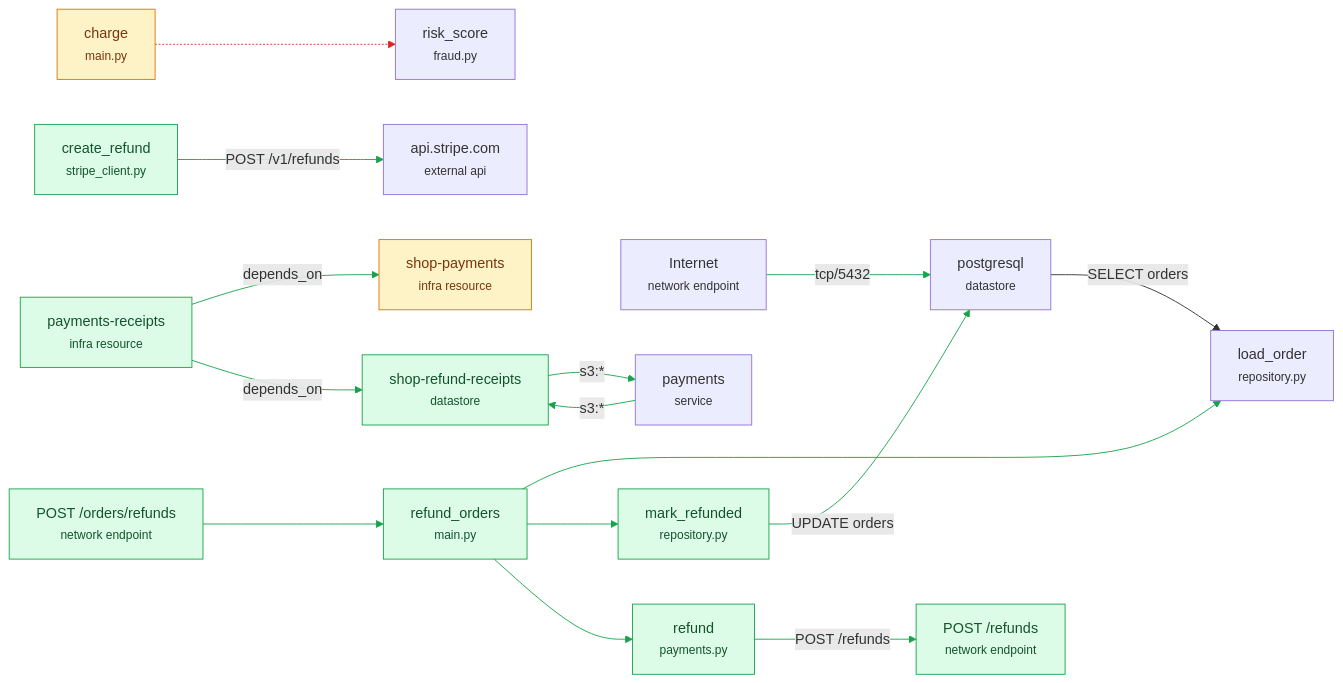
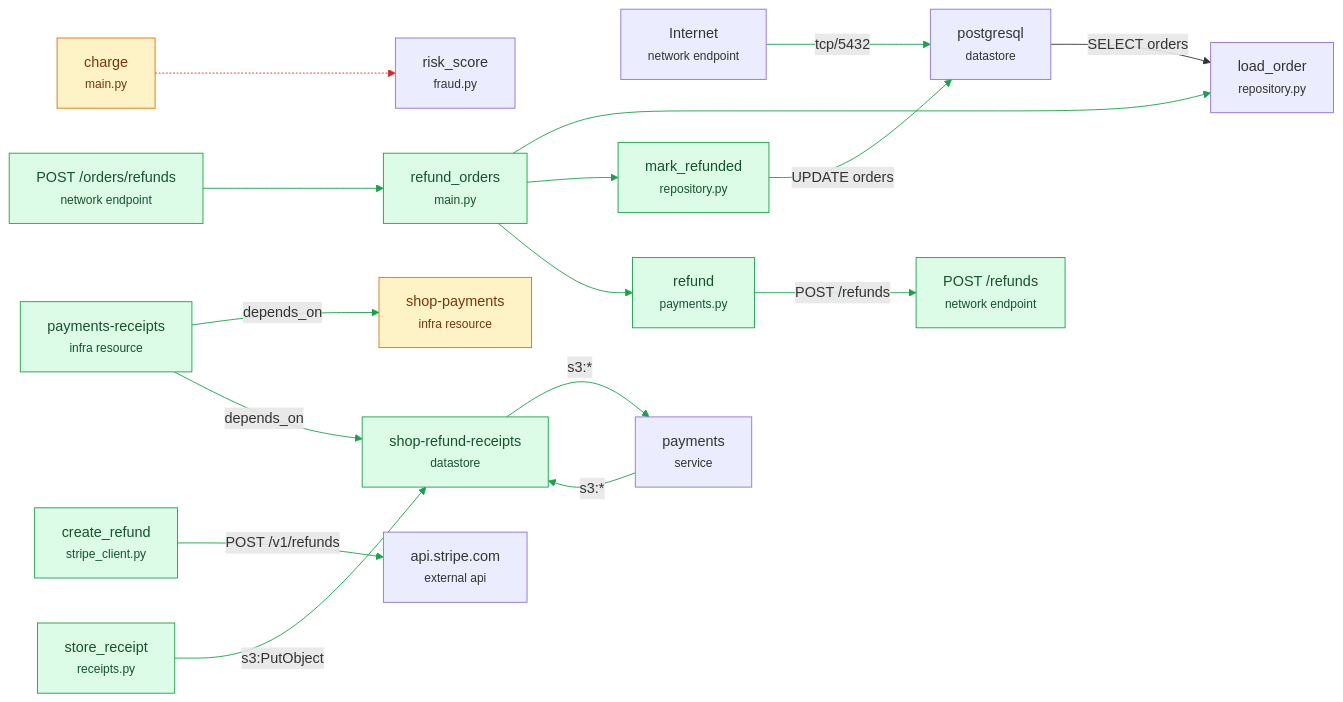
The diagram in examples/shop-pr.md (theorjiugovictor/breadth), drawn with Mermaid before and after one commit. The commit also changed other lines of this file and 22 other files, not shown here.

````diff
--- a/examples/shop-pr.md
+++ b/examples/shop-pr.md
@@ -29,51 +31,54 @@
 ```mermaid
 flowchart LR
   n0["Internet<br/><small>network endpoint</small>"]
   n1["postgresql<br/><small>datastore</small>"]
   n2["shop-payments<br/><small>infra resource</small>"]
   n3["charge<br/><small>main.py</small>"]
   n4["risk_score<br/><small>fraud.py</small>"]
   n5["mark_refunded<br/><small>repository.py</small>"]
-  n6["create_refund<br/><small>stripe_client.py</small>"]
-  n7["api.stripe.com<br/><small>external api</small>"]
-  n8["refund_orders<br/><small>main.py</small>"]
-  n9["load_order<br/><small>repository.py</small>"]
-  n10["POST /orders/refunds<br/><small>network endpoint</small>"]
-  n11["POST /refunds<br/><small>network endpoint</small>"]
-  n12["shop-refund-receipts<br/><small>datastore</small>"]
-  n13["payments<br/><small>service</small>"]
-  n14["refund<br/><small>payments.py</small>"]
-  n15["payments-receipts<br/><small>infra resource</small>"]
+  n6["store_receipt<br/><small>receipts.py</small>"]
+  n7["shop-refund-receipts<br/><small>datastore</small>"]
+  n8["create_refund<br/><small>stripe_client.py</small>"]
+  n9["api.stripe.com<br/><small>external api</small>"]
+  n10["refund_orders<br/><small>main.py</small>"]
+  n11["load_order<br/><small>repository.py</small>"]
+  n12["POST /orders/refunds<br/><small>network endpoint</small>"]
+  n13["POST /refunds<br/><small>network endpoint</small>"]
+  n14["payments<br/><small>service</small>"]
+  n15["refund<br/><small>payments.py</small>"]
+  n16["payments-receipts<br/><small>infra resource</small>"]
   n0 -->|"tcp/5432"| n1
   n3 -.-> n4
   n5 -->|"UPDATE orders"| n1
-  n6 -->|"POST /v1/refunds"| n7
-  n8 --> n9
-  n8 --> n5
-  n13 -->|"s3:*"| n12
-  n14 -->|"POST /refunds"| n11
-  n12 -->|"s3:*"| n13
-  n10 --> n8
-  n8 --> n14
-  n1 -->|"SELECT orders"| n9
-  n15 -->|"depends_on"| n2
-  n15 -->|"depends_on"| n12
+  n6 -->|"s3:PutObject"| n7
+  n8 -->|"POST /v1/refunds"| n9
+  n10 --> n11
+  n10 --> n5
+  n14 -->|"s3:*"| n7
+  n15 -->|"POST /refunds"| n13
+  n7 -->|"s3:*"| n14
+  n12 --> n10
+  n10 --> n15
+  n1 -->|"SELECT orders"| n11
+  n16 -->|"depends_on"| n2
+  n16 -->|"depends_on"| n7
   classDef added fill:#dcfce7,stroke:#16a34a,color:#14532d
   classDef removed fill:#fee2e2,stroke:#dc2626,color:#7f1d1d,stroke-dasharray:4 3
   classDef changed fill:#fef3c7,stroke:#d97706,color:#78350f
-  class n5,n6,n8,n10,n11,n12,n14,n15 added
+  class n5,n6,n7,n8,n10,n12,n13,n15,n16 added
   class n2,n3 changed
   linkStyle 0 stroke:#16a34a
   linkStyle 1 stroke:#dc2626
   linkStyle 2 stroke:#16a34a
   linkStyle 3 stroke:#16a34a
   linkStyle 4 stroke:#16a34a
   linkStyle 5 stroke:#16a34a
   linkStyle 6 stroke:#16a34a
   linkStyle 7 stroke:#16a34a
   linkStyle 8 stroke:#16a34a
   linkStyle 9 stroke:#16a34a
   linkStyle 10 stroke:#16a34a
-  linkStyle 12 stroke:#16a34a
+  linkStyle 11 stroke:#16a34a
   linkStyle 13 stroke:#16a34a
+  linkStyle 14 stroke:#16a34a
 ```
````
